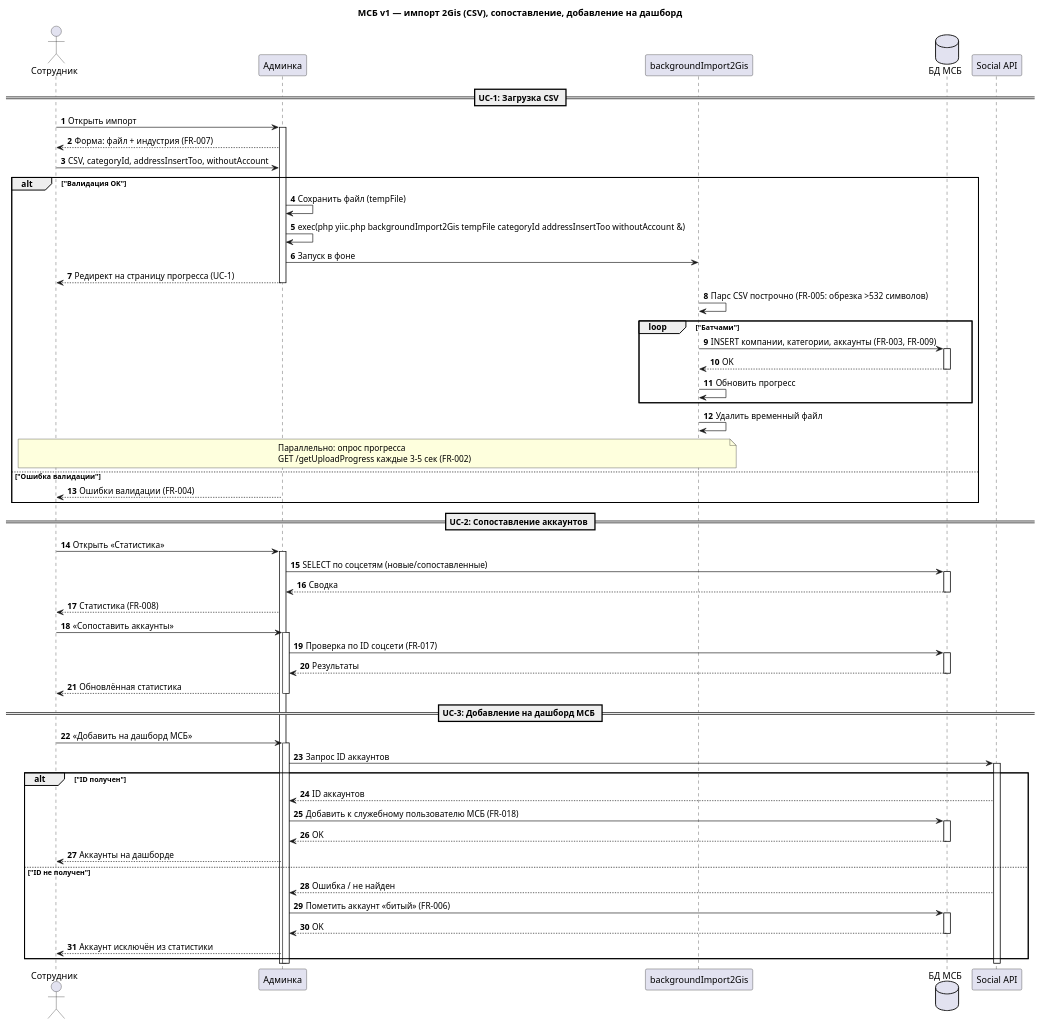
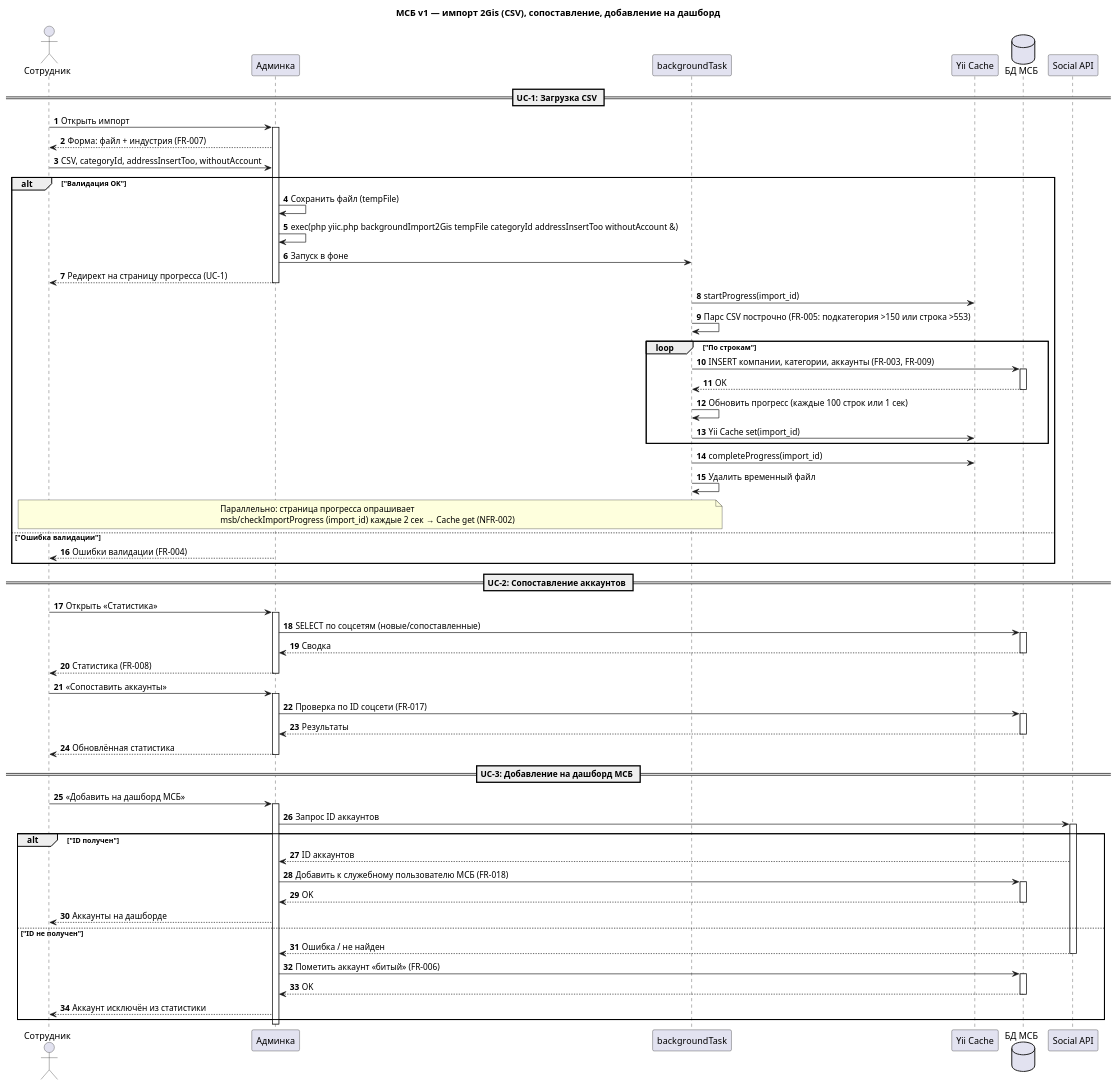
The diagram in docs/mar-tech/recommendation/service_main/diagramm/sequence.puml (RusNimex/ca-bpmn-competitors-diagram), drawn with PlantUML before and after one commit. The commit also changed 15 other files, not shown here.

```diff
--- a/docs/mar-tech/recommendation/service_main/diagramm/sequence.puml
+++ b/docs/mar-tech/recommendation/service_main/diagramm/sequence.puml
@@ -1,76 +1,80 @@
 @startuml msb_import_sequence
 
 title "МСБ v1 — импорт 2Gis (CSV), сопоставление, добавление на дашборд"
 
 autonumber
 actor "Сотрудник" as empl order 10
 participant "Админка" as web order 20
-participant "backgroundImport2Gis" as worker order 25
+participant "backgroundTask" as worker order 25
+participant "Yii Cache" as cache order 30
 database "БД МСБ" as db order 40
 participant "Social API" as social order 50
 
 == UC-1: Загрузка CSV ==
 empl -> web++ : Открыть импорт
 web --> empl : Форма: файл + индустрия (FR-007)
 
 empl -> web : CSV, categoryId, addressInsertToo, withoutAccount
 alt "Валидация OK"
     web -> web : Сохранить файл (tempFile)
     web -> web : exec(php yiic.php backgroundImport2Gis tempFile categoryId addressInsertToo withoutAccount &)
     web -> worker : Запуск в фоне
     web --> empl : Редирект на страницу прогресса (UC-1)
     web--
     
-    worker -> worker : Парс CSV построчно (FR-005: обрезка >532 символов)
-    loop "Батчами"
+    worker -> cache : startProgress(import_id)
+    worker -> worker : Парс CSV построчно (FR-005: подкатегория >150 или строка >553)
+    loop "По строкам"
         worker -> db++ : INSERT компании, категории, аккаунты (FR-003, FR-009)
         db --> worker : OK
         db--
-        worker -> worker : Обновить прогресс
+        worker -> worker : Обновить прогресс (каждые 100 строк или 1 сек)
+        worker -> cache : Yii Cache set(import_id)
     end
+    worker -> cache : completeProgress(import_id)
     worker -> worker : Удалить временный файл
     
     note over empl, worker
-      Параллельно: опрос прогресса
-      GET /getUploadProgress каждые 3–5 сек (FR-002)
+      Параллельно: страница прогресса опрашивает
+      msb/checkImportProgress (import_id) каждые 2 сек → Cache get (NFR-002)
     end note
     
 else "Ошибка валидации"
     web --> empl : Ошибки валидации (FR-004)
     web--
 end
 
 == UC-2: Сопоставление аккаунтов ==
 empl -> web++ : Открыть «Статистика»
 web -> db++ : SELECT по соцсетям (новые/сопоставленные)
 db --> web : Сводка
 db--
-web --> empl : Статистика (FR-008)
+web --> empl-- : Статистика (FR-008)
 
 empl -> web++ : «Сопоставить аккаунты»
 web -> db++ : Проверка по ID соцсети (FR-017)
 db --> web : Результаты
 db--
-web --> empl : Обновлённая статистика
-web--
+web --> empl-- : Обновлённая статистика
+
 
 == UC-3: Добавление на дашборд МСБ ==
 empl -> web++ : «Добавить на дашборд МСБ»
 web -> social++ : Запрос ID аккаунтов
 alt "ID получен"
     social --> web : ID аккаунтов
     web -> db++ : Добавить к служебному пользователю МСБ (FR-018)
     db --> web : OK
     db--
     web --> empl : Аккаунты на дашборде
 else "ID не получен"
     social --> web : Ошибка / не найден
+    social--
     web -> db++ : Пометить аккаунт «битый» (FR-006)
     db --> web : OK
     db--
     web --> empl : Аккаунт исключён из статистики
 end
-social--
 web--
 
 @enduml
```
